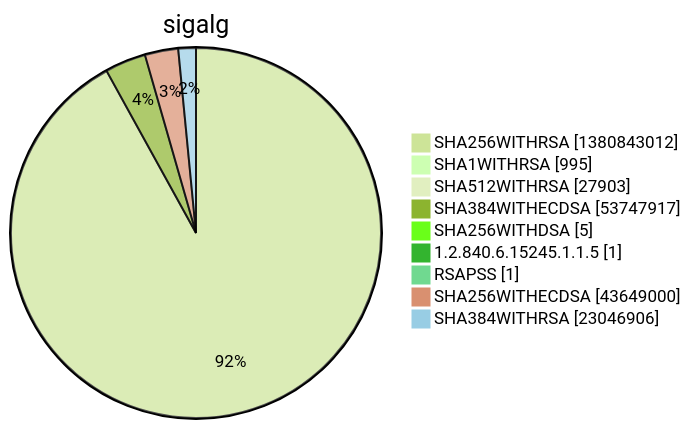
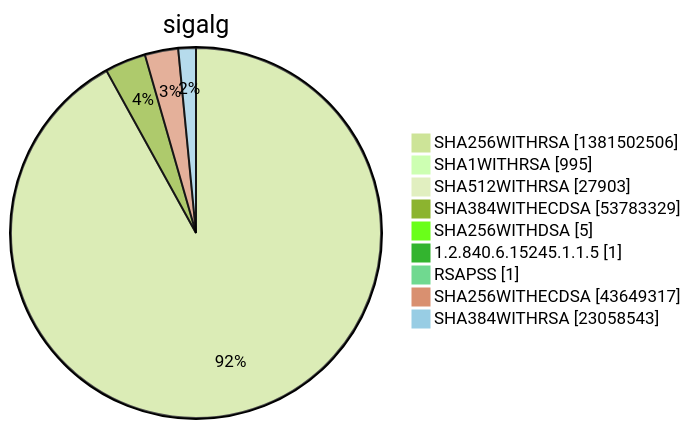
Before and after one commit to christiankrug/ctmonitor_visualization: diagram 15 of 15 in xenon2022/README.md, drawn with Mermaid (forest theme). The commit also changed other lines of this file, not shown here.

````diff
--- a/xenon2022/README.md
+++ b/xenon2022/README.md
@@ -5853,13 +5853,13 @@
 ```mermaid
 pie showData
 title sigalg
-"SHA256WITHRSA" :1380843012
+"SHA256WITHRSA" :1381502506
 "SHA1WITHRSA" :995
 "SHA512WITHRSA" :27903
-"SHA384WITHECDSA" :53747917
+"SHA384WITHECDSA" :53783329
 "SHA256WITHDSA" :5
 "1.2.840.6.15245.1.1.5" :1
 "RSAPSS" :1
-"SHA256WITHECDSA" :43649000
-"SHA384WITHRSA" :23046906
+"SHA256WITHECDSA" :43649317
+"SHA384WITHRSA" :23058543
 ```
````
